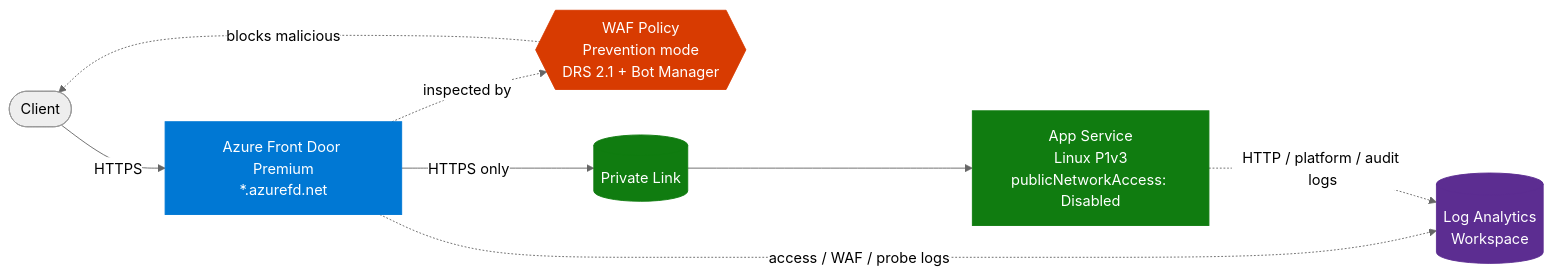
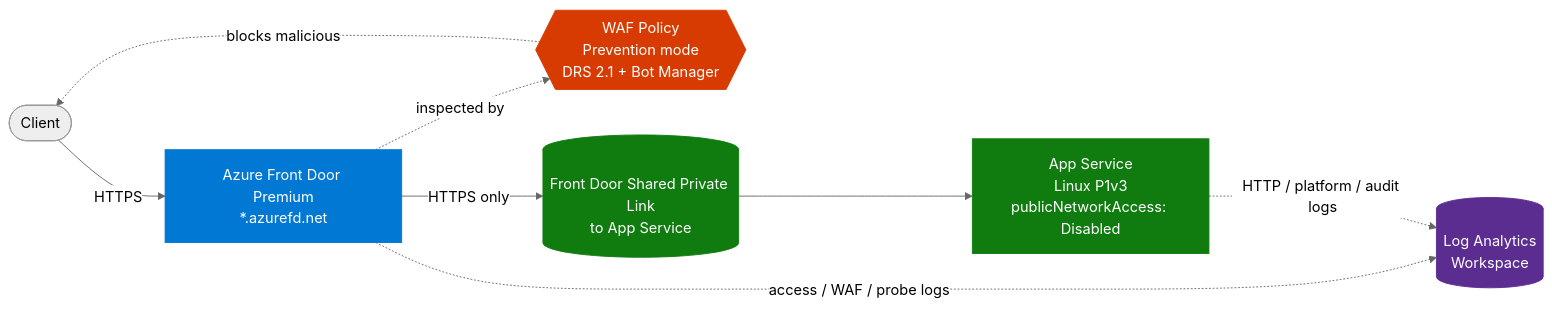
Before and after one commit to LucasMahler1/azure-secure-front-door-bicep: the diagram in README.md, drawn with Mermaid (neutral theme).

Commit message:
Clarify Private Link node as Front Door Shared Private Link to App Service

````diff
--- a/README.md
+++ b/README.md
@@ -7,26 +7,26 @@
 ```mermaid
 flowchart LR
     client([Client])
     waf{{WAF Policy<br/>Prevention mode<br/>DRS 2.1 + Bot Manager}}
     fd[Azure Front Door Premium<br/>*.azurefd.net]
-    pl[(Private Link)]
+    pl[(Front Door Shared Private Link<br/>to App Service)]
     app[App Service<br/>Linux P1v3<br/>publicNetworkAccess: Disabled]
     law[(Log Analytics<br/>Workspace)]
 
     client -- HTTPS --> fd
     fd -. inspected by .-> waf
     waf -. blocks malicious .-> client
     fd -- HTTPS only --> pl
     pl --> app
     fd -. access / WAF / probe logs .-> law
     app -. HTTP / platform / audit logs .-> law
 
     classDef edge fill:#0078d4,color:#fff,stroke:#0078d4
     classDef sec fill:#d83b01,color:#fff,stroke:#d83b01
     classDef origin fill:#107c10,color:#fff,stroke:#107c10
     classDef obs fill:#5c2d91,color:#fff,stroke:#5c2d91
     class fd edge
     class waf sec
     class app,pl origin
     class law obs
 ```
````
